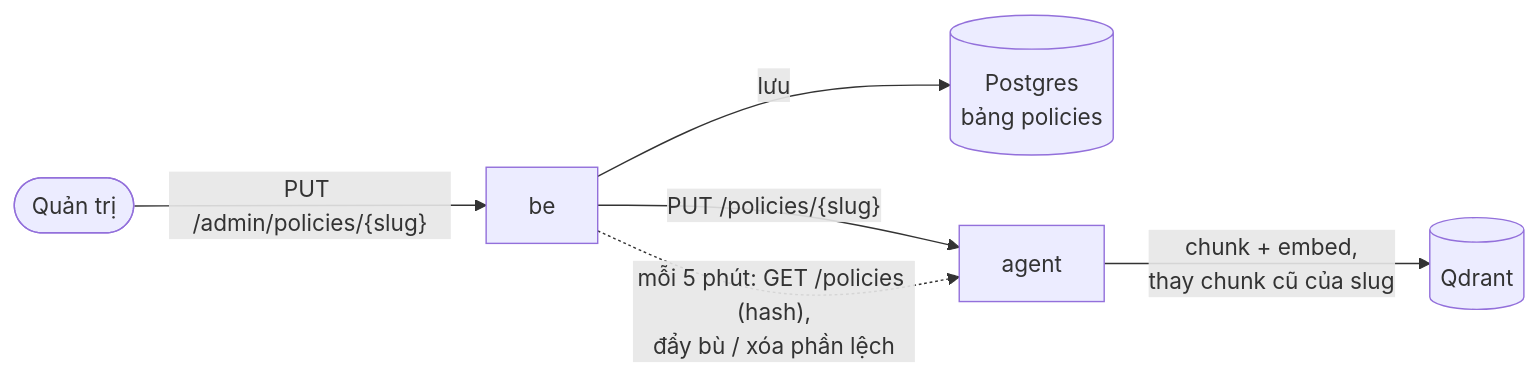
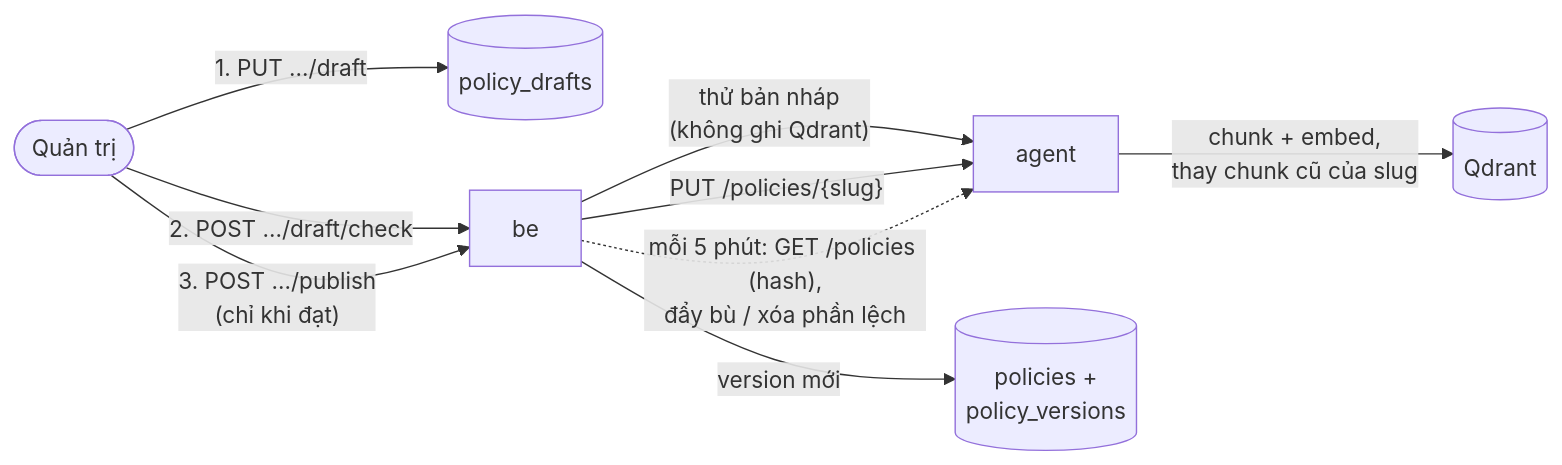
Before and after one commit to vu-wspace/sales_agent: the fourth of 5 diagrams in README.md, drawn with Mermaid. The commit also changed other lines of this file and 9 other files, not shown here.

````diff
--- a/README.md
+++ b/README.md
@@ -566,6 +567,8 @@
 ```mermaid
 flowchart LR
-    admin(["Quản trị"]) -- "PUT /admin/policies/{slug}" --> be["be"] -- "lưu" --> pg[("Postgres<br/>bảng policies")]
-    be -- "PUT /policies/{slug}" --> agent["agent"] -- "chunk + embed,<br/>thay chunk cũ của slug" --> qdrant[("Qdrant")]
+    admin(["Quản trị"]) -- "1. PUT .../draft" --> draft[("policy_drafts")]
+    admin -- "2. POST .../draft/check" --> be["be"] -- "thử bản nháp<br/>(không ghi Qdrant)" --> agent["agent"]
+    admin -- "3. POST .../publish<br/>(chỉ khi đạt)" --> be -- "version mới" --> pg[("policies +<br/>policy_versions")]
+    be -- "PUT /policies/{slug}" --> agent -- "chunk + embed,<br/>thay chunk cũ của slug" --> qdrant[("Qdrant")]
     be -. "mỗi 5 phút: GET /policies (hash),<br/>đẩy bù / xóa phần lệch" .-> agent
 ```
````
